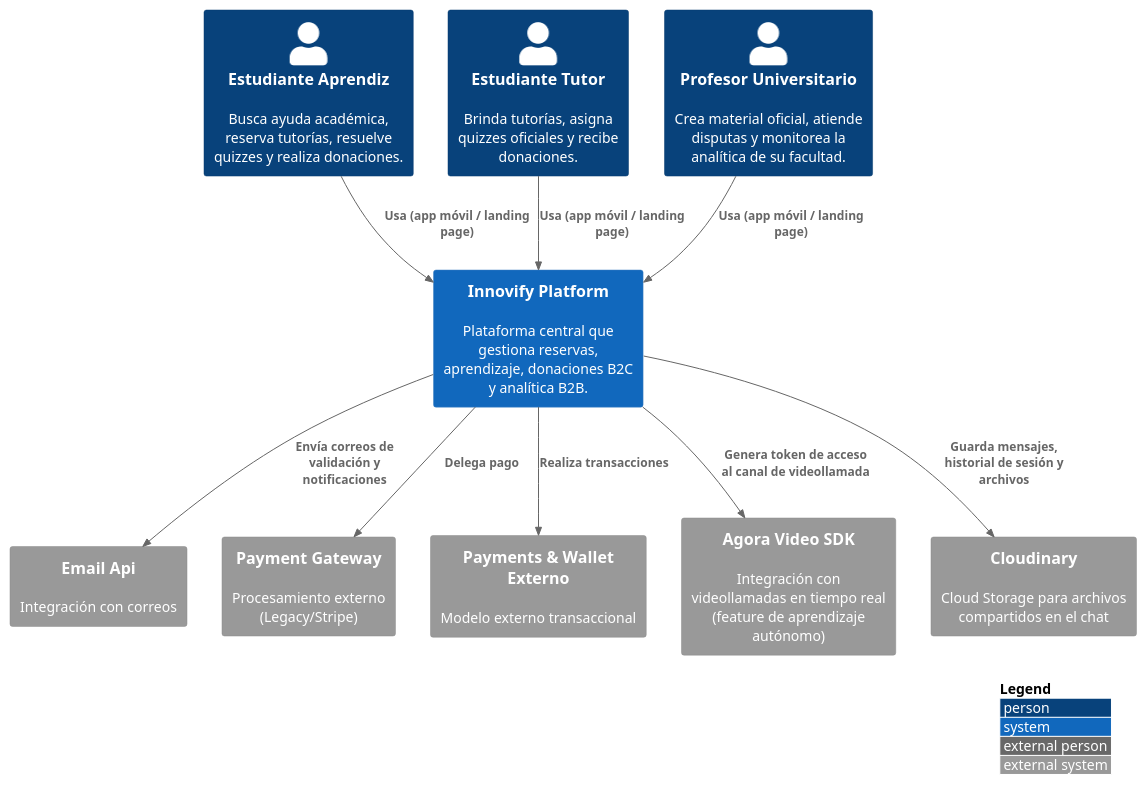
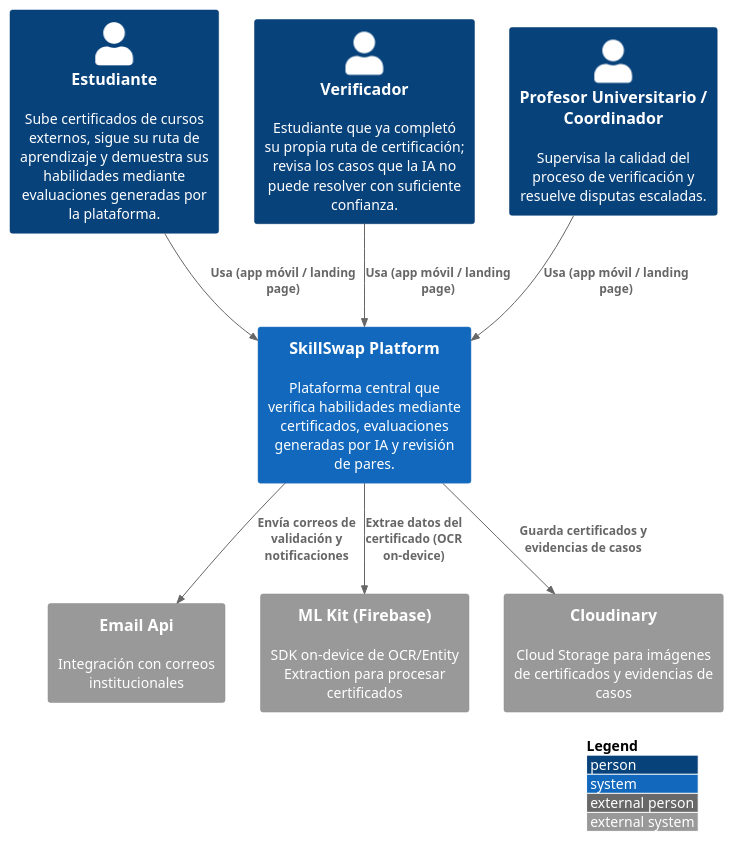
One commit to Aplicaciones-Dispositivos-Moviles/SkillSwap-ProjectReport changed the diagram in DB&C4/System_Context_Diagram.puml. Above: the diagram before and after it, drawn with PlantUML. The commit also changed 23 other files, not shown here.

```diff
--- a/DB&C4/System_Context_Diagram.puml
+++ b/DB&C4/System_Context_Diagram.puml
@@ -1,28 +1,24 @@
-@startuml InnovifySystemContext
+@startuml SkillSwapSystemContext
 !include https://raw.githubusercontent.com/plantuml-stdlib/C4-PlantUML/master/C4_Context.puml
 
 LAYOUT_WITH_LEGEND()
 
-Person(learner, "Estudiante Aprendiz", "Busca ayuda académica, reserva tutorías, resuelve quizzes y realiza donaciones.")
-Person(tutor, "Estudiante Tutor", "Brinda tutorías, asigna quizzes oficiales y recibe donaciones.")
-Person(professor, "Profesor Universitario", "Crea material oficial, atiende disputas y monitorea la analítica de su facultad.")
+Person(student, "Estudiante", "Sube certificados de cursos externos, sigue su ruta de aprendizaje y demuestra sus habilidades mediante evaluaciones generadas por la plataforma.")
+Person(verifier, "Verificador", "Estudiante que ya completó su propia ruta de certificación; revisa los casos que la IA no puede resolver con suficiente confianza.")
+Person(professor, "Profesor Universitario / Coordinador", "Supervisa la calidad del proceso de verificación y resuelve disputas escaladas.")
 
-System(innovifySystem, "Innovify Platform", "Plataforma central que gestiona reservas, aprendizaje, donaciones B2C y analítica B2B.")
+System(skillSwapSystem, "SkillSwap Platform", "Plataforma central que verifica habilidades mediante certificados, evaluaciones generadas por IA y revisión de pares.")
 
-System_Ext(emailService, "Email Api", "Integración con correos")
-System_Ext(paymentGateway, "Payment Gateway", "Procesamiento externo (Legacy/Stripe)")
-System_Ext(paymentsService, "Payments & Wallet Externo", "Modelo externo transaccional")
-System_Ext(agoraApi, "Agora Video SDK", "Integración con videollamadas en tiempo real (feature de aprendizaje autónomo)")
-System_Ext(cloudStorage, "Cloudinary", "Cloud Storage para archivos compartidos en el chat")
+System_Ext(emailService, "Email Api", "Integración con correos institucionales")
+System_Ext(mlKitService, "ML Kit (Firebase)", "SDK on-device de OCR/Entity Extraction para procesar certificados")
+System_Ext(cloudStorage, "Cloudinary", "Cloud Storage para imágenes de certificados y evidencias de casos")
 
-Rel(learner, innovifySystem, "Usa (app móvil / landing page)")
-Rel(tutor, innovifySystem, "Usa (app móvil / landing page)")
-Rel(professor, innovifySystem, "Usa (app móvil / landing page)")
+Rel(student, skillSwapSystem, "Usa (app móvil / landing page)")
+Rel(verifier, skillSwapSystem, "Usa (app móvil / landing page)")
+Rel(professor, skillSwapSystem, "Usa (app móvil / landing page)")
 
-Rel(innovifySystem, emailService, "Envía correos de validación y notificaciones")
-Rel(innovifySystem, agoraApi, "Genera token de acceso al canal de videollamada")
-Rel(innovifySystem, cloudStorage, "Guarda mensajes, historial de sesión y archivos")
-Rel(innovifySystem, paymentsService, "Realiza transacciones")
-Rel(innovifySystem, paymentGateway, "Delega pago")
+Rel(skillSwapSystem, emailService, "Envía correos de validación y notificaciones")
+Rel(skillSwapSystem, mlKitService, "Extrae datos del certificado (OCR on-device)")
+Rel(skillSwapSystem, cloudStorage, "Guarda certificados y evidencias de casos")
 
 @enduml
```
